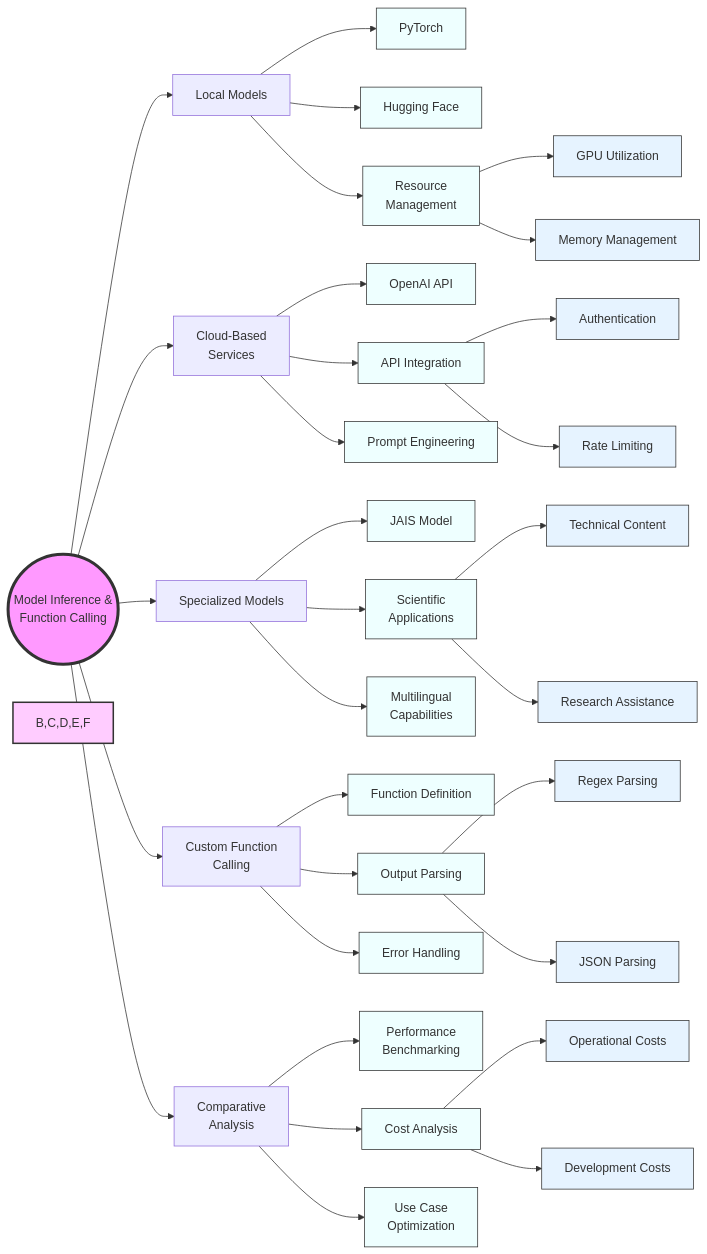
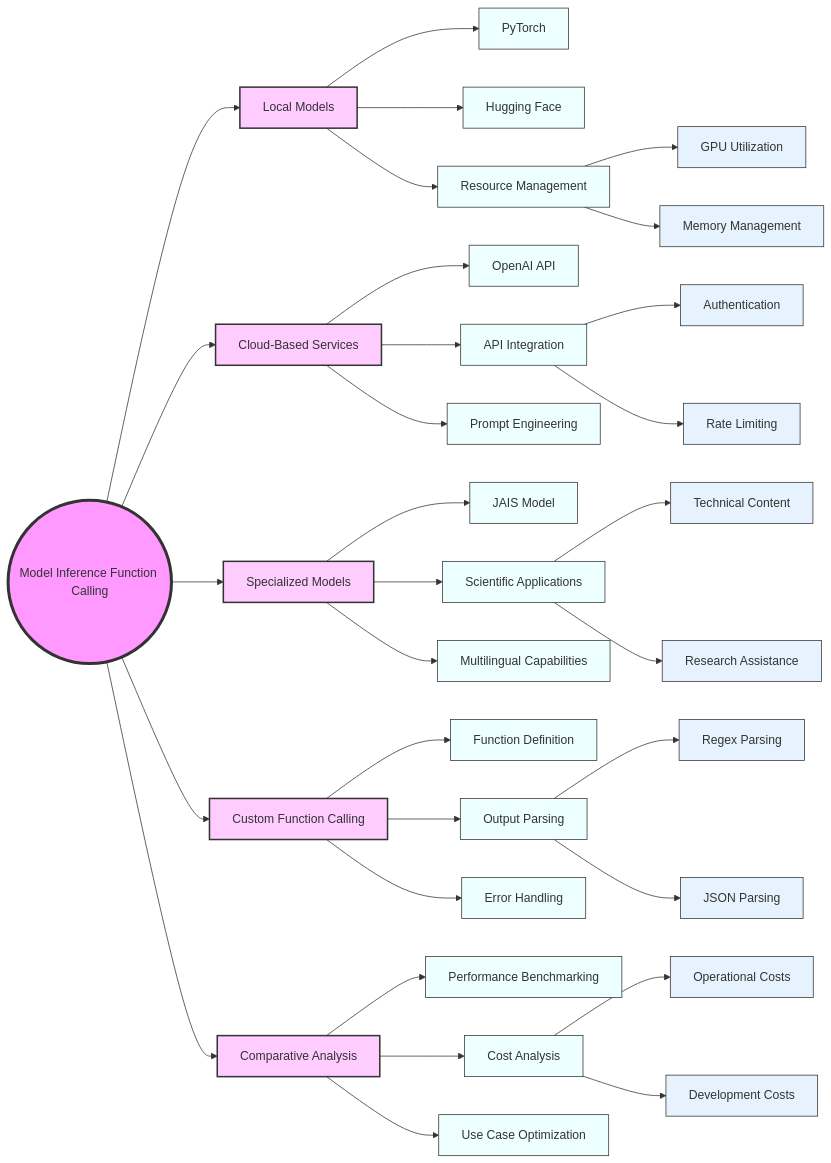
The second of 2 diagrams in notebooks/md/lesson_12_Model_Inference_and_Function_calling.md (chenxingqiang/llm-course-chen), drawn with Mermaid before and after one commit. The commit also changed 216 other files, not shown here.

````diff
--- a/notebooks/md/lesson_12_Model_Inference_and_Function_calling.md
+++ b/notebooks/md/lesson_12_Model_Inference_and_Function_calling.md
@@ -816,56 +816,60 @@
 ```mermaid
 graph LR
-    A(("Model Inference &<br/>Function Calling"))
+    A(("Model Inference Function Calling"))
     
     B["Local Models"]
-    C["Cloud-Based<br/>Services"]
+    C["Cloud-Based Services"]
     D["Specialized Models"]
-    E["Custom Function<br/>Calling"]
-    F["Comparative<br/>Analysis"]
+    E["Custom Function Calling"]
+    F["Comparative Analysis"]
     
     A --> B & C & D & E & F
     
     B --> B1["PyTorch"]
     B --> B2["Hugging Face"]
-    B --> B3["Resource<br/>Management"]
+    B --> B3["Resource Management"]
     
     C --> C1["OpenAI API"]
     C --> C2["API Integration"]
     C --> C3["Prompt Engineering"]
     
     D --> D1["JAIS Model"]
-    D --> D2["Scientific<br/>Applications"]
-    D --> D3["Multilingual<br/>Capabilities"]
+    D --> D2["Scientific Applications"]
+    D --> D3["Multilingual Capabilities"]
     
     E --> E1["Function Definition"]
     E --> E2["Output Parsing"]
     E --> E3["Error Handling"]
     
-    F --> F1["Performance<br/>Benchmarking"]
+    F --> F1["Performance Benchmarking"]
     F --> F2["Cost Analysis"]
-    F --> F3["Use Case<br/>Optimization"]
+    F --> F3["Use Case Optimization"]
     
     B3 --> B3a["GPU Utilization"]
     B3 --> B3b["Memory Management"]
     
     C2 --> C2a["Authentication"]
     C2 --> C2b["Rate Limiting"]
     
     D2 --> D2a["Technical Content"]
     D2 --> D2b["Research Assistance"]
     
     E2 --> E2a["Regex Parsing"]
     E2 --> E2b["JSON Parsing"]
     
     F2 --> F2a["Operational Costs"]
     F2 --> F2b["Development Costs"]
 
     style A fill:#f9f,stroke:#333,stroke-width:4px
-    style B,C,D,E,F fill:#fcf,stroke:#333,stroke-width:2px
+    style B fill:#fcf,stroke:#333,stroke-width:2px
+    style C fill:#fcf,stroke:#333,stroke-width:2px
+    style D fill:#fcf,stroke:#333,stroke-width:2px
+    style E fill:#fcf,stroke:#333,stroke-width:2px
+    style F fill:#fcf,stroke:#333,stroke-width:2px
     
     classDef subTopic fill:#eff,stroke:#333,stroke-width:1px
     class B1,B2,B3,C1,C2,C3,D1,D2,D3,E1,E2,E3,F1,F2,F3 subTopic
     
     classDef subSubTopic fill:#e6f3ff,stroke:#333,stroke-width:1px
     class B3a,B3b,C2a,C2b,D2a,D2b,E2a,E2b,F2a,F2b subSubTopic
 ```
````
